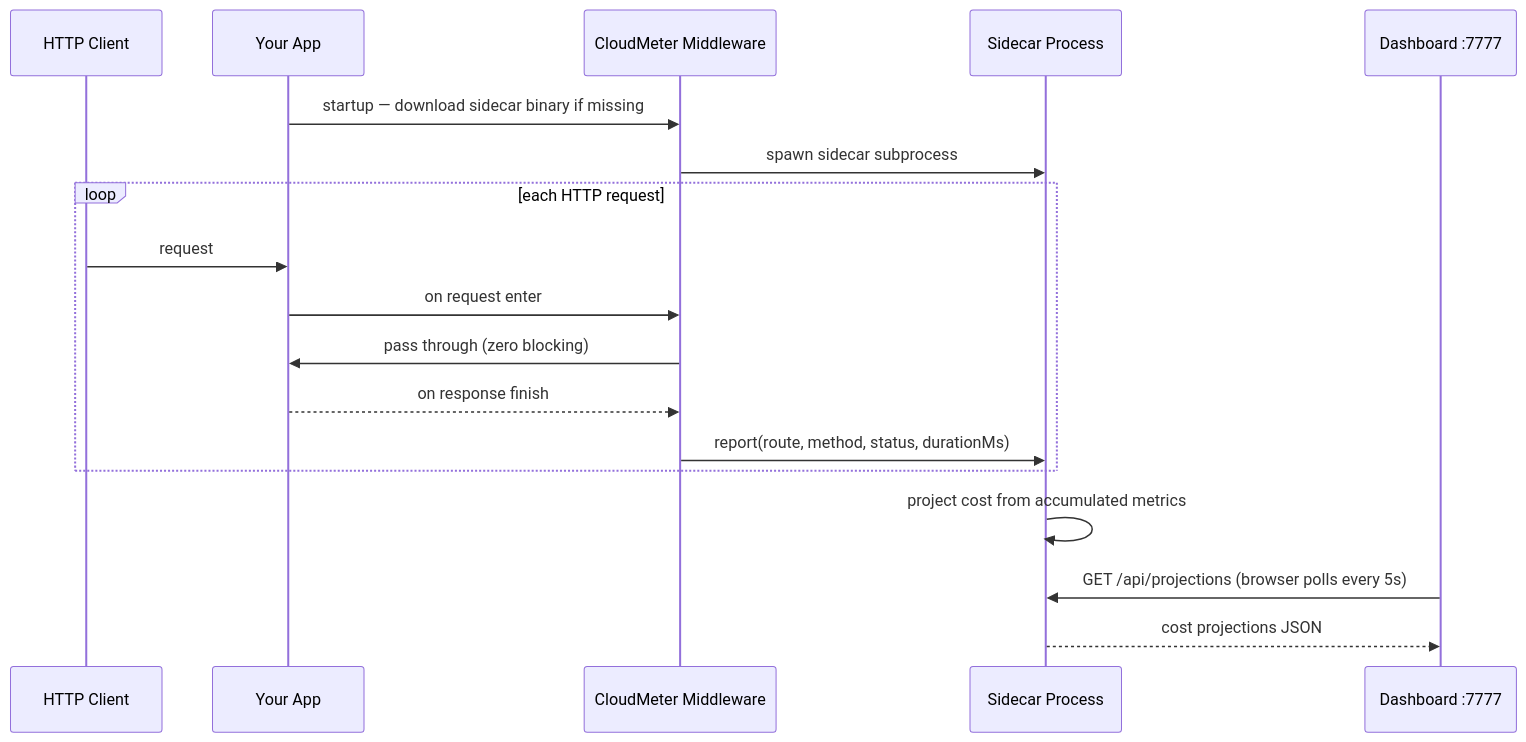
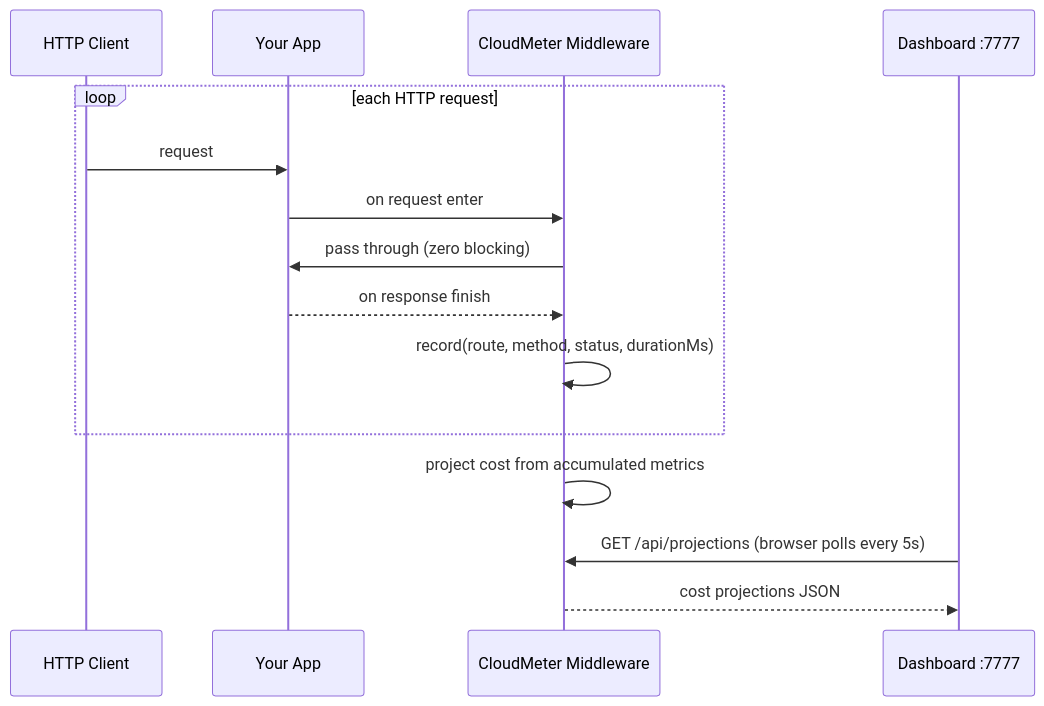
Before and after one commit to studymadara/cloudmeter: the diagram in docs/wiki/Python-Node-Clients.md, drawn with Mermaid. The commit also changed other lines of this file and 4 other files, not shown here.

````diff
--- a/docs/wiki/Python-Node-Clients.md
+++ b/docs/wiki/Python-Node-Clients.md
@@ -11,23 +11,19 @@
 ```mermaid
 sequenceDiagram
     participant Client as HTTP Client
     participant App as Your App
     participant MW as CloudMeter Middleware
-    participant SC as Sidecar Process
     participant DB as Dashboard :7777
-
-    App->>MW: startup — download sidecar binary if missing
-    MW->>SC: spawn sidecar subprocess
 
     loop each HTTP request
         Client->>App: request
         App->>MW: on request enter
         MW->>App: pass through (zero blocking)
         App-->>MW: on response finish
-        MW->>SC: report(route, method, status, durationMs)
+        MW->>MW: record(route, method, status, durationMs)
     end
 
-    SC->>SC: project cost from accumulated metrics
-    DB->>SC: GET /api/projections (browser polls every 5s)
-    SC-->>DB: cost projections JSON
+    MW->>MW: project cost from accumulated metrics
+    DB->>MW: GET /api/projections (browser polls every 5s)
+    MW-->>DB: cost projections JSON
 ```
````
